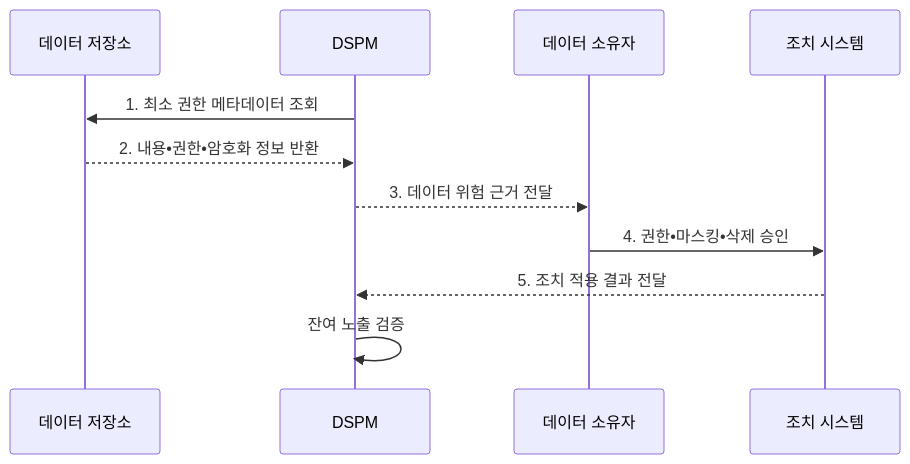
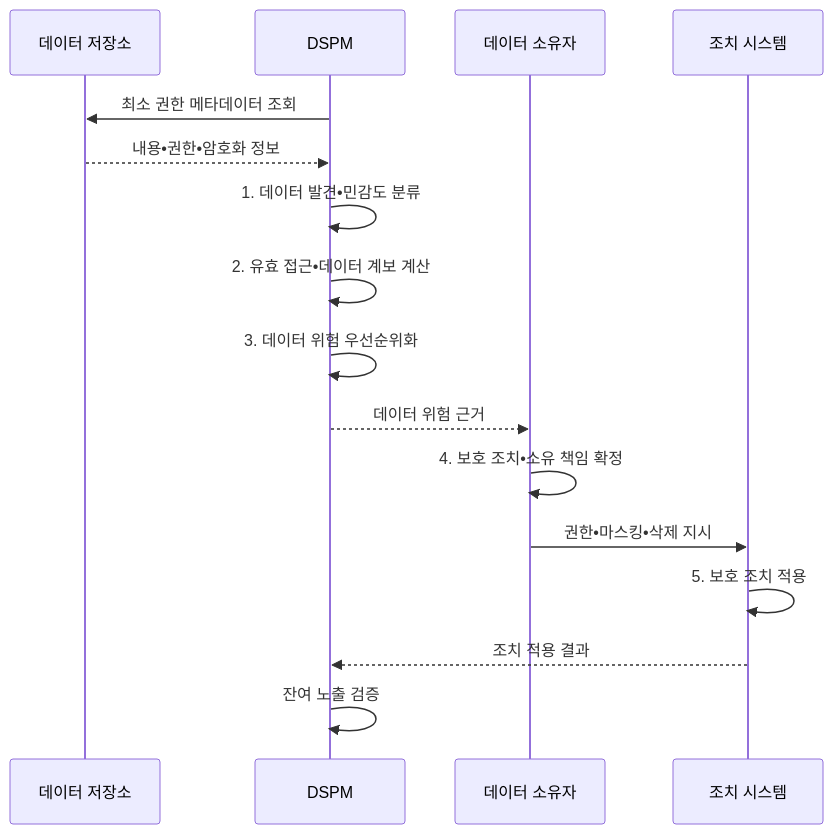
Before and after one commit to agnusdei1207/knowledge-base: the second of 2 diagrams in src/content/docs/notes/05-security/074_dspm.md, drawn with Mermaid. The commit also changed other lines of this file and 20 other files, not shown here.

````diff
--- a/src/content/docs/notes/05-security/074_dspm.md
+++ b/src/content/docs/notes/05-security/074_dspm.md
@@ -100,13 +100,18 @@
 ```mermaid
 sequenceDiagram
     participant S as 데이터 저장소
     participant D as DSPM
     participant O as 데이터 소유자
     participant C as 조치 시스템
-    D->>S: 1. 최소 권한 메타데이터 조회
-    S-->>D: 2. 내용•권한•암호화 정보 반환
-    D-->>O: 3. 데이터 위험 근거 전달
-    O->>C: 4. 권한•마스킹•삭제 승인
-    C-->>D: 5. 조치 적용 결과 전달
+    D->>S: 최소 권한 메타데이터 조회
+    S-->>D: 내용•권한•암호화 정보
+    D->>D: 1. 데이터 발견•민감도 분류
+    D->>D: 2. 유효 접근•데이터 계보 계산
+    D->>D: 3. 데이터 위험 우선순위화
+    D-->>O: 데이터 위험 근거
+    O->>O: 4. 보호 조치•소유 책임 확정
+    O->>C: 권한•마스킹•삭제 지시
+    C->>C: 5. 보호 조치 적용
+    C-->>D: 조치 적용 결과
     D->>D: 잔여 노출 검증
 ```
````
